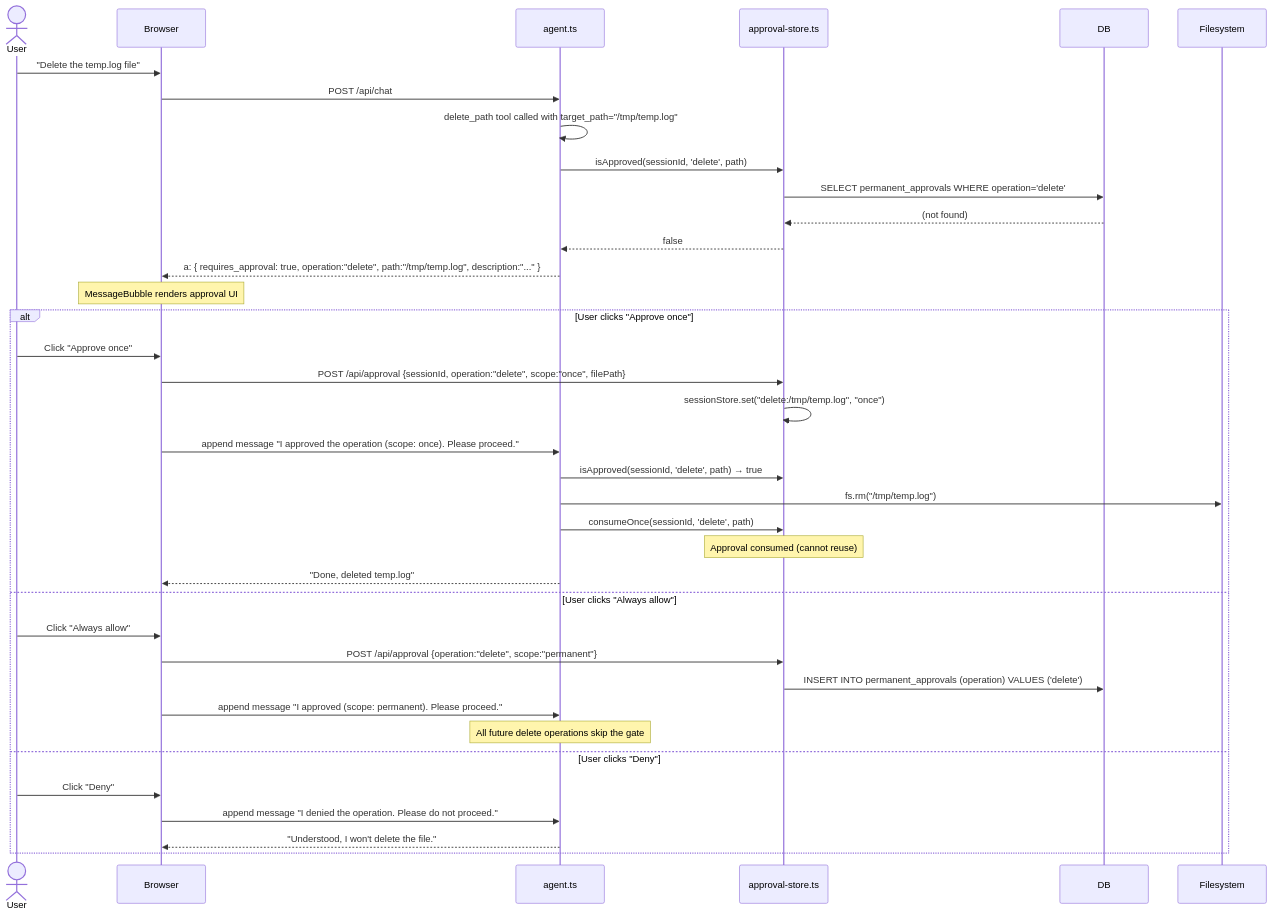
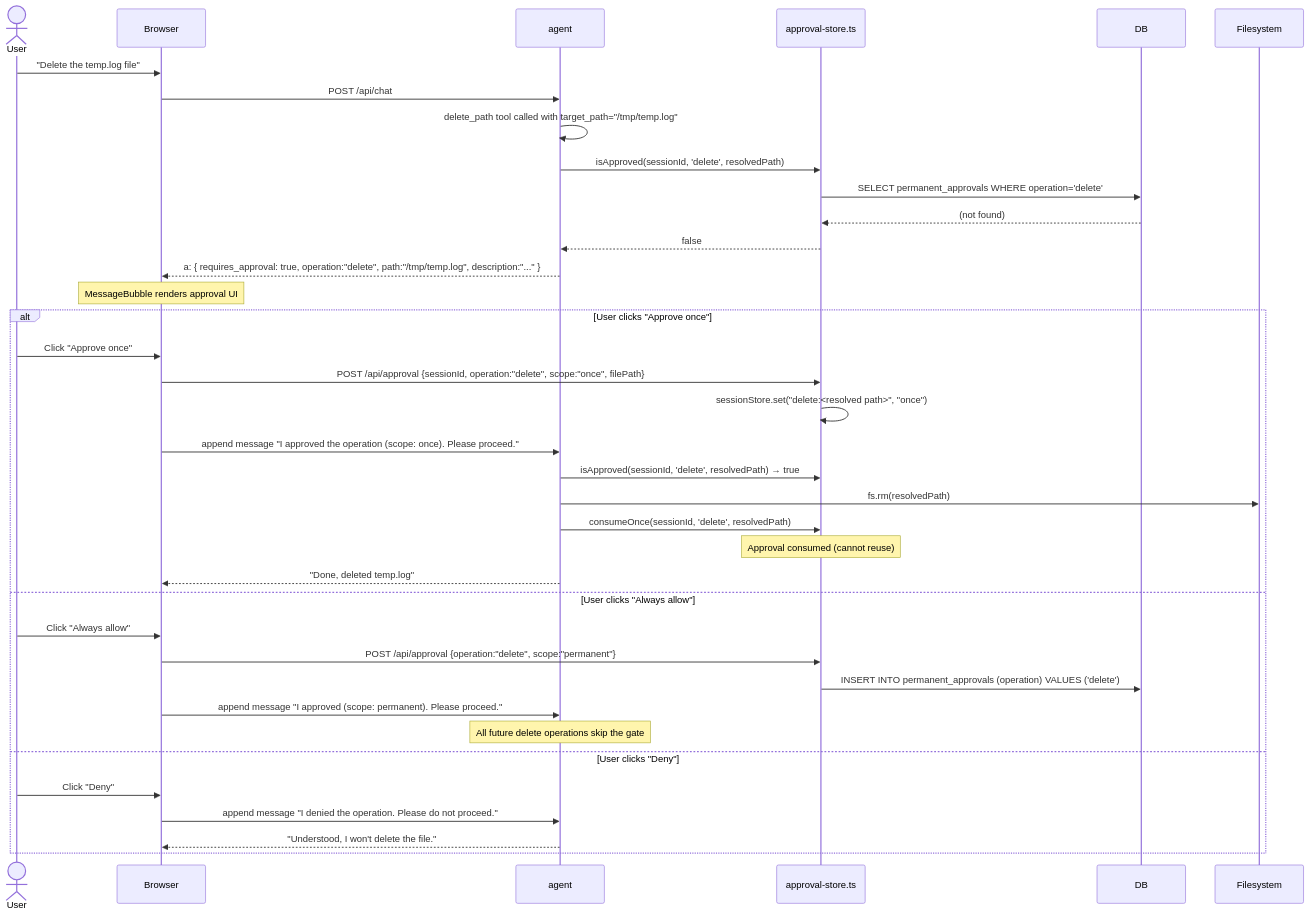
One commit to Wilson-Cheng/AgentPrimer changed the first of 2 diagrams in docs/06-approval-gate.md. Above: the diagram before and after it, drawn with Mermaid. The commit also changed other lines of this file and 36 other files, not shown here.

````diff
--- a/docs/06-approval-gate.md
+++ b/docs/06-approval-gate.md
@@ -48,45 +48,45 @@
 ```mermaid
 sequenceDiagram
     actor User
     participant Browser
-    participant agent.ts
+    participant agent
     participant approval-store.ts
     participant DB
     participant Filesystem
 
     User->>Browser: "Delete the temp.log file"
-    Browser->>agent.ts: POST /api/chat
+    Browser->>agent: POST /api/chat
 
-    agent.ts->>agent.ts: delete_path tool called with target_path="/tmp/temp.log"
-    agent.ts->>approval-store.ts: isApproved(sessionId, 'delete', path)
+    agent->>agent: delete_path tool called with target_path="/tmp/temp.log"
+    agent->>approval-store.ts: isApproved(sessionId, 'delete', resolvedPath)
     approval-store.ts->>DB: SELECT permanent_approvals WHERE operation='delete'
     DB-->>approval-store.ts: (not found)
-    approval-store.ts-->>agent.ts: false
+    approval-store.ts-->>agent: false
 
-    agent.ts-->>Browser: a: { requires_approval: true, operation:"delete", path:"/tmp/temp.log", description:"..." }
+    agent-->>Browser: a: { requires_approval: true, operation:"delete", path:"/tmp/temp.log", description:"..." }
     Note over Browser: MessageBubble renders approval UI
 
     alt User clicks "Approve once"
         User->>Browser: Click "Approve once"
         Browser->>approval-store.ts: POST /api/approval {sessionId, operation:"delete", scope:"once", filePath}
-        approval-store.ts->>approval-store.ts: sessionStore.set("delete:/tmp/temp.log", "once")
-        Browser->>agent.ts: append message "I approved the operation (scope: once). Please proceed."
-        agent.ts->>approval-store.ts: isApproved(sessionId, 'delete', path) → true
-        agent.ts->>Filesystem: fs.rm("/tmp/temp.log")
-        agent.ts->>approval-store.ts: consumeOnce(sessionId, 'delete', path)
+        approval-store.ts->>approval-store.ts: sessionStore.set("delete:<resolved path>", "once")
+        Browser->>agent: append message "I approved the operation (scope: once). Please proceed."
+        agent->>approval-store.ts: isApproved(sessionId, 'delete', resolvedPath) → true
+        agent->>Filesystem: fs.rm(resolvedPath)
+        agent->>approval-store.ts: consumeOnce(sessionId, 'delete', resolvedPath)
         Note over approval-store.ts: Approval consumed (cannot reuse)
-        agent.ts-->>Browser: "Done, deleted temp.log"
+        agent-->>Browser: "Done, deleted temp.log"
 
     else User clicks "Always allow"
         User->>Browser: Click "Always allow"
         Browser->>approval-store.ts: POST /api/approval {operation:"delete", scope:"permanent"}
         approval-store.ts->>DB: INSERT INTO permanent_approvals (operation) VALUES ('delete')
-        Browser->>agent.ts: append message "I approved (scope: permanent). Please proceed."
-        Note over agent.ts: All future delete operations skip the gate
+        Browser->>agent: append message "I approved (scope: permanent). Please proceed."
+        Note over agent: All future delete operations skip the gate
 
     else User clicks "Deny"
         User->>Browser: Click "Deny"
-        Browser->>agent.ts: append message "I denied the operation. Please do not proceed."
-        agent.ts-->>Browser: "Understood, I won't delete the file."
+        Browser->>agent: append message "I denied the operation. Please do not proceed."
+        agent-->>Browser: "Understood, I won't delete the file."
     end
 ```
````
